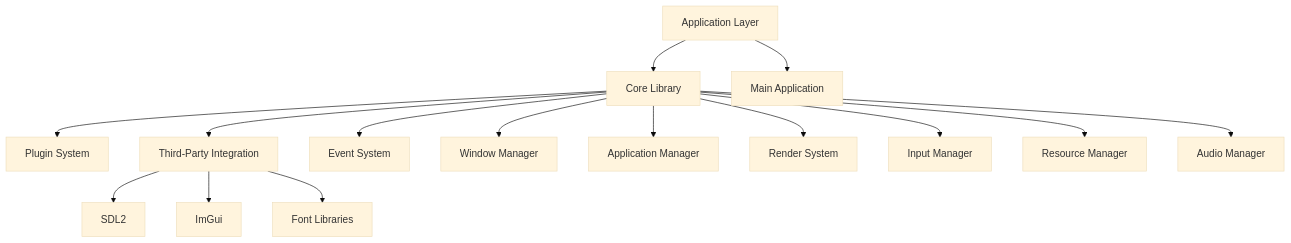
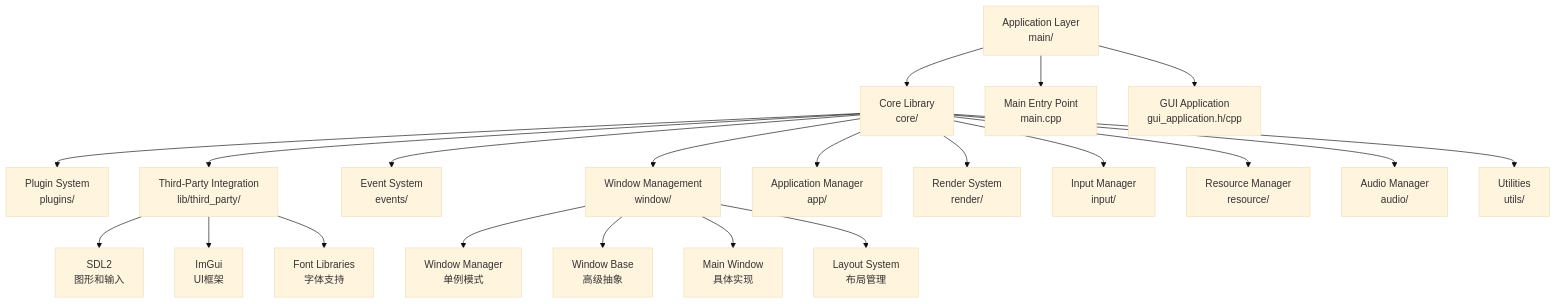
Before and after one commit to ygsheep/DearTs: the second of 5 diagrams in Project.md, drawn with Mermaid (base theme). The commit also changed other lines of this file and 24 other files, not shown here.

````diff
--- a/Project.md
+++ b/Project.md
@@ -60,20 +68,27 @@
 ```mermaid
 graph TD
-    A[Application Layer] --> B[Core Library]
-    B --> C[Plugin System]
-    B --> D[Third-Party Integration]
-    
-    A --> A1[Main Application]
-    
-    B --> B1[Event System]
-    B --> B2[Window Manager]
-    B --> B3[Application Manager]
-    B --> B4[Render System]
-    B --> B5[Input Manager]
-    B --> B6[Resource Manager]
-    B --> B7[Audio Manager]
-    
-    D --> D1[SDL2]
-    D --> D2[ImGui]
-    D --> D3[Font Libraries]
+    A[Application Layer<br/>main/] --> B[Core Library<br/>core/]
+    B --> C[Plugin System<br/>plugins/]
+    B --> D[Third-Party Integration<br/>lib/third_party/]
+
+    A --> A1[Main Entry Point<br/>main.cpp]
+    A --> A2[GUI Application<br/>gui_application.h/cpp]
+
+    B --> B1[Event System<br/>events/]
+    B --> B2[Window Management<br/>window/]
+    B --> B3[Application Manager<br/>app/]
+    B --> B4[Render System<br/>render/]
+    B --> B5[Input Manager<br/>input/]
+    B --> B6[Resource Manager<br/>resource/]
+    B --> B7[Audio Manager<br/>audio/]
+    B --> B8[Utilities<br/>utils/]
+
+    B2 --> B2A[Window Manager<br/>单例模式]
+    B2 --> B2B[Window Base<br/>高级抽象]
+    B2 --> B2C[Main Window<br/>具体实现]
+    B2 --> B2D[Layout System<br/>布局管理]
+
+    D --> D1[SDL2<br/>图形和输入]
+    D --> D2[ImGui<br/>UI框架]
+    D --> D3[Font Libraries<br/>字体支持]
 ```
````
